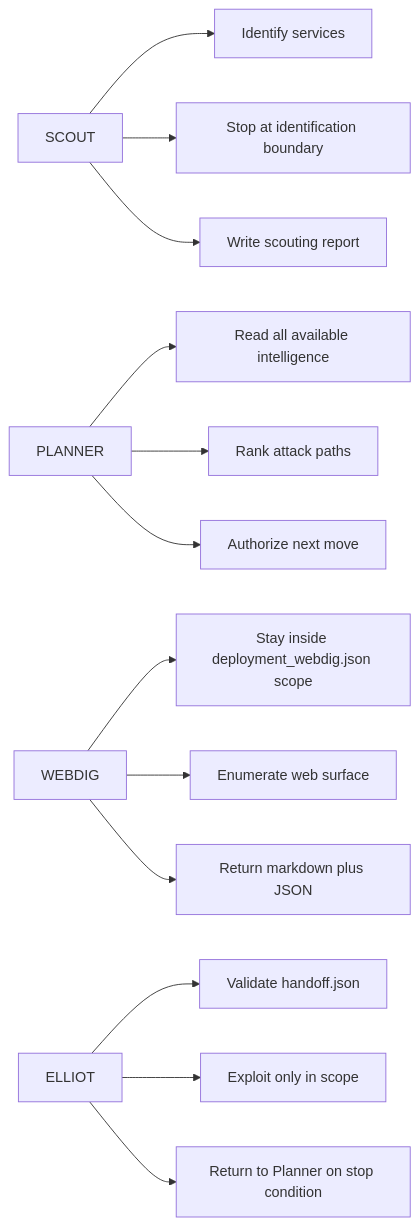
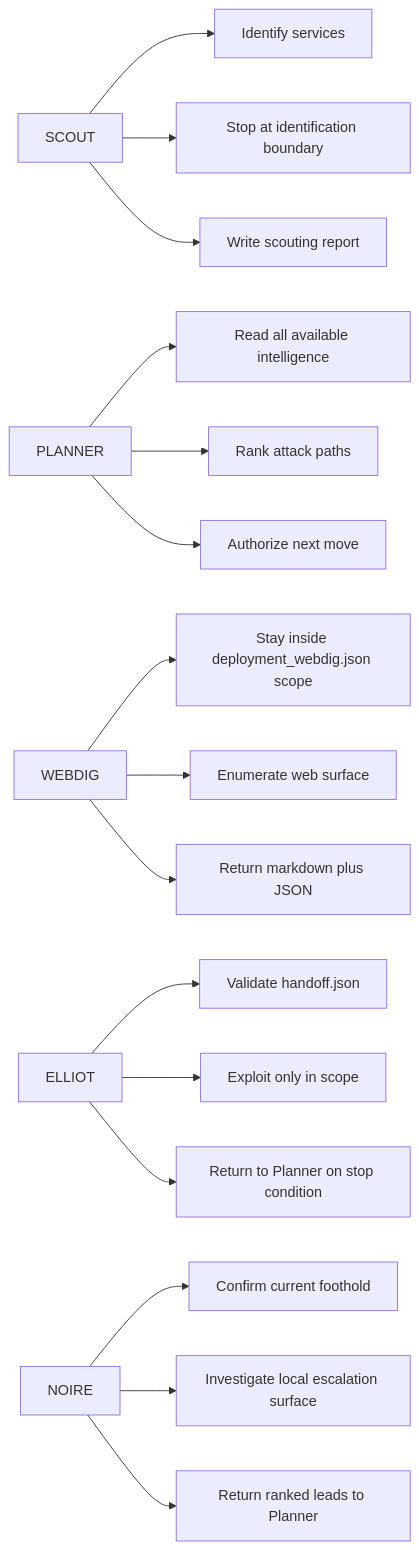
Before and after one commit to K3m1st/IRONTHREAD: the fourth of 8 diagrams in docs/INFRA_WIREFRAME.md, drawn with Mermaid. The commit also changed other lines of this file and 24 other files, not shown here.

````diff
--- a/docs/INFRA_WIREFRAME.md
+++ b/docs/INFRA_WIREFRAME.md
@@ -92,18 +102,22 @@
 ```mermaid
 flowchart LR
     A["SCOUT"] --> A1["Identify services"]
     A --> A2["Stop at identification boundary"]
     A --> A3["Write scouting report"]
 
     B["PLANNER"] --> B1["Read all available intelligence"]
     B --> B2["Rank attack paths"]
     B --> B3["Authorize next move"]
 
     C["WEBDIG"] --> C1["Stay inside deployment_webdig.json scope"]
     C --> C2["Enumerate web surface"]
     C --> C3["Return markdown plus JSON"]
 
     D["ELLIOT"] --> D1["Validate handoff.json"]
     D --> D2["Exploit only in scope"]
     D --> D3["Return to Planner on stop condition"]
+
+    E["NOIRE"] --> E1["Confirm current foothold"]
+    E --> E2["Investigate local escalation surface"]
+    E --> E3["Return ranked leads to Planner"]
 ```
````
